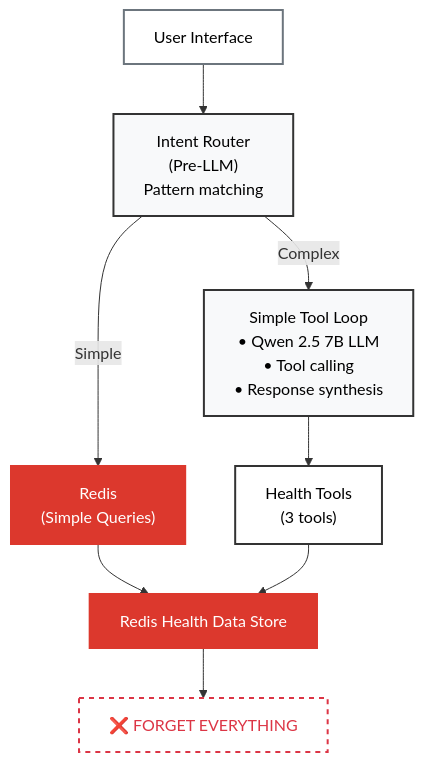
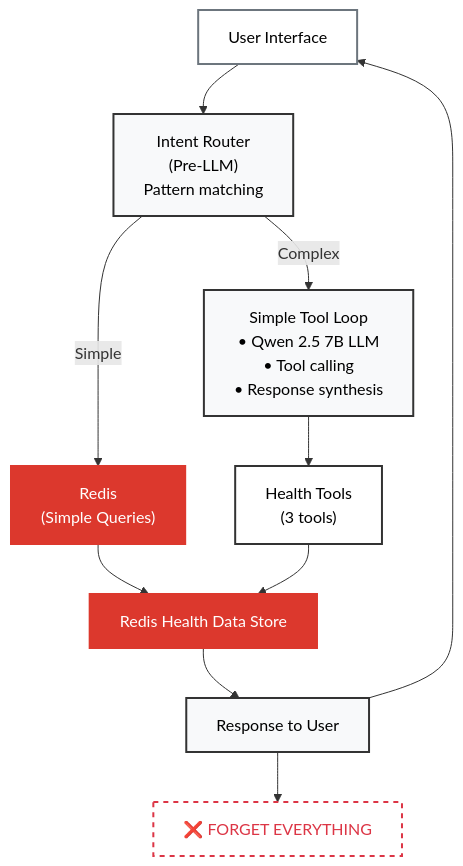
Before and after one commit to AllieRays/redis-wellness: the first of 2 diagrams in docs/05_STATELESS_VS_STATEFUL_COMPARISON.md, drawn with Mermaid. The commit also changed other lines of this file and 6 other files, not shown here.

````diff
--- a/docs/05_STATELESS_VS_STATEFUL_COMPARISON.md
+++ b/docs/05_STATELESS_VS_STATEFUL_COMPARISON.md
@@ -23,28 +23,32 @@
 ```mermaid
 flowchart TB
     UI["User Interface"]
     Router["Intent Router<br/>(Pre-LLM)<br/>Pattern matching"]
 
     Simple["Redis<br/>(Simple Queries)"]
     SimpleLoop["Simple Tool Loop<br/>• Qwen 2.5 7B LLM<br/>• Tool calling<br/>• Response synthesis"]
 
     Tools["Health Tools<br/>(3 tools)"]
     RedisData["Redis Health Data Store"]
+    Response["Response to User"]
     Forget["❌ FORGET EVERYTHING"]
 
     UI --> Router
     Router -->|"Simple"| Simple
     Router -->|"Complex"| SimpleLoop
     Simple --> RedisData
     SimpleLoop --> Tools
     Tools --> RedisData
-    RedisData --> Forget
+    RedisData --> Response
+    Response --> UI
+    Response --> Forget
 
     style UI fill:#fff,stroke:#6c757d,stroke-width:2px,color:#000
     style Router fill:#f8f9fa,stroke:#333,stroke-width:2px,color:#000
     style Simple fill:#dc382d,stroke:#dc382d,stroke-width:2px,color:#fff
     style SimpleLoop fill:#f8f9fa,stroke:#333,stroke-width:2px,color:#000
     style Tools fill:#fff,stroke:#333,stroke-width:2px,color:#000
     style RedisData fill:#dc382d,stroke:#dc382d,stroke-width:2px,color:#fff
+    style Response fill:#f8f9fa,stroke:#333,stroke-width:2px,color:#000
     style Forget fill:#fff,stroke:#dc3545,stroke-width:2px,color:#dc3545,stroke-dasharray: 5 5
 ```
````
